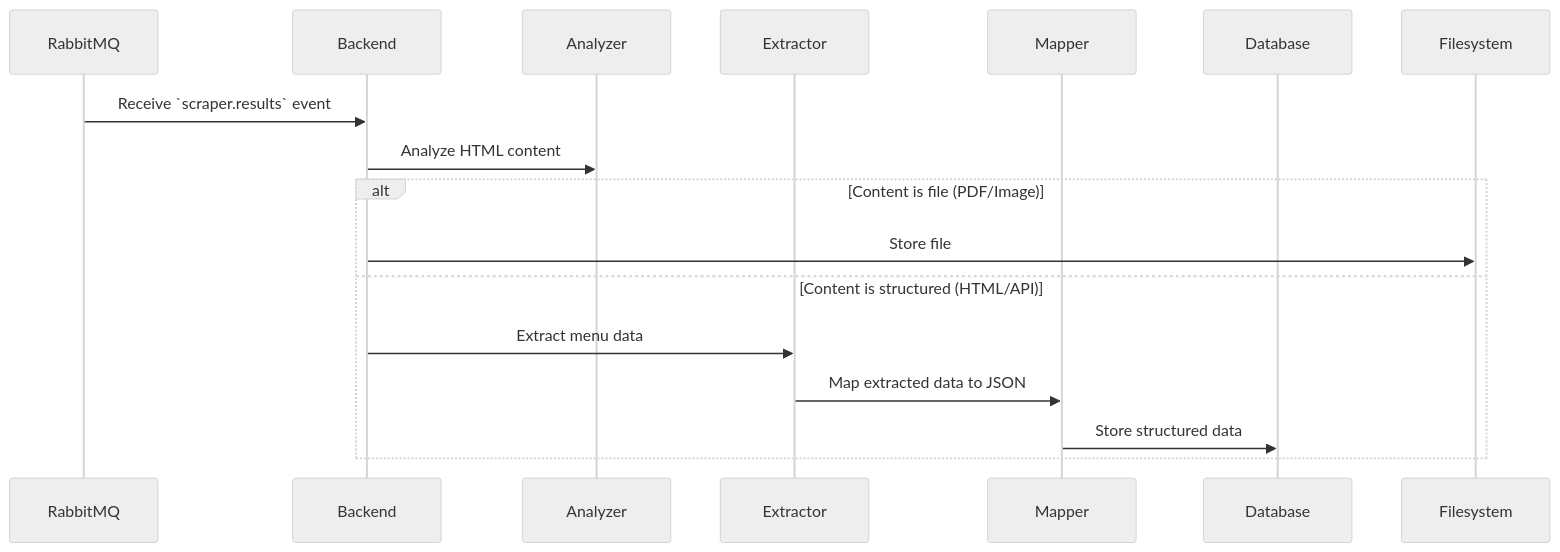
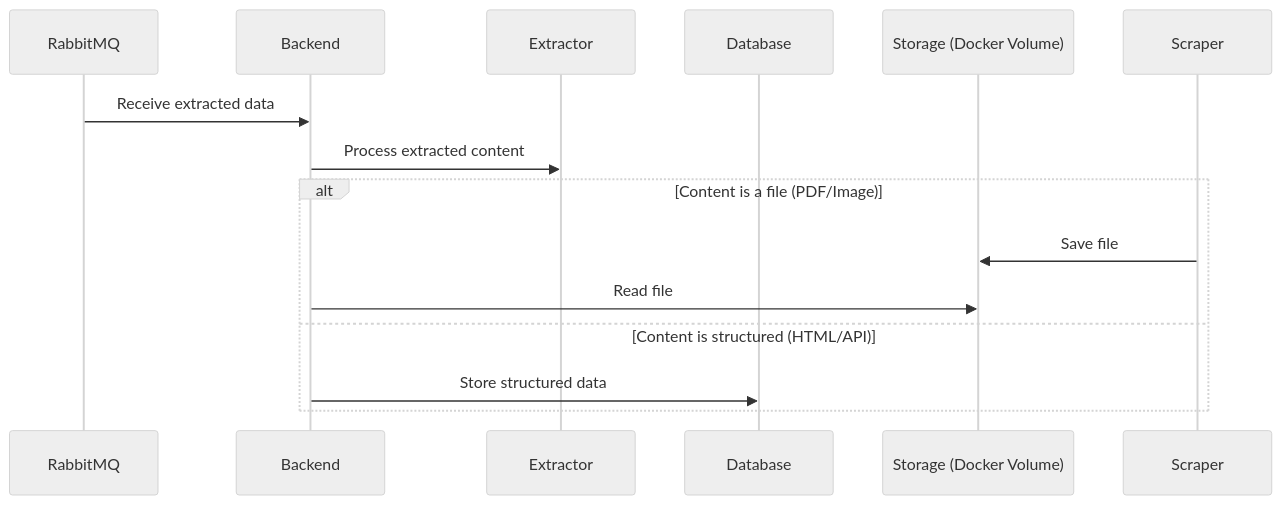
The third of 3 diagrams in README.md (roflc0pter/food-craver), drawn with Mermaid (neutral theme) before and after one commit. The commit also changed other lines of this file and 9 other files, not shown here.

````diff
--- a/README.md
+++ b/README.md
@@ -217,20 +154,17 @@
 ```mermaid
 sequenceDiagram
     participant RabbitMQ
     participant Backend
-    participant Analyzer
     participant Extractor
-    participant Mapper
     participant Database
-    participant Filesystem
+    participant Storage (Docker Volume)
 
-    RabbitMQ->>Backend: Receive `scraper.results` event
-    Backend->>Analyzer: Analyze HTML content
-    alt Content is file (PDF/Image)
-        Backend->>Filesystem: Store file
+    RabbitMQ->>Backend: Receive extracted data
+    Backend->>Extractor: Process extracted content
+    alt Content is a file (PDF/Image)
+        Scraper->>Storage (Docker Volume): Save file
+        Backend->>Storage (Docker Volume): Read file
     else Content is structured (HTML/API)
-        Backend->>Extractor: Extract menu data
-        Extractor->>Mapper: Map extracted data to JSON
-        Mapper->>Database: Store structured data
+        Backend->>Database: Store structured data
     end
 ```
````
